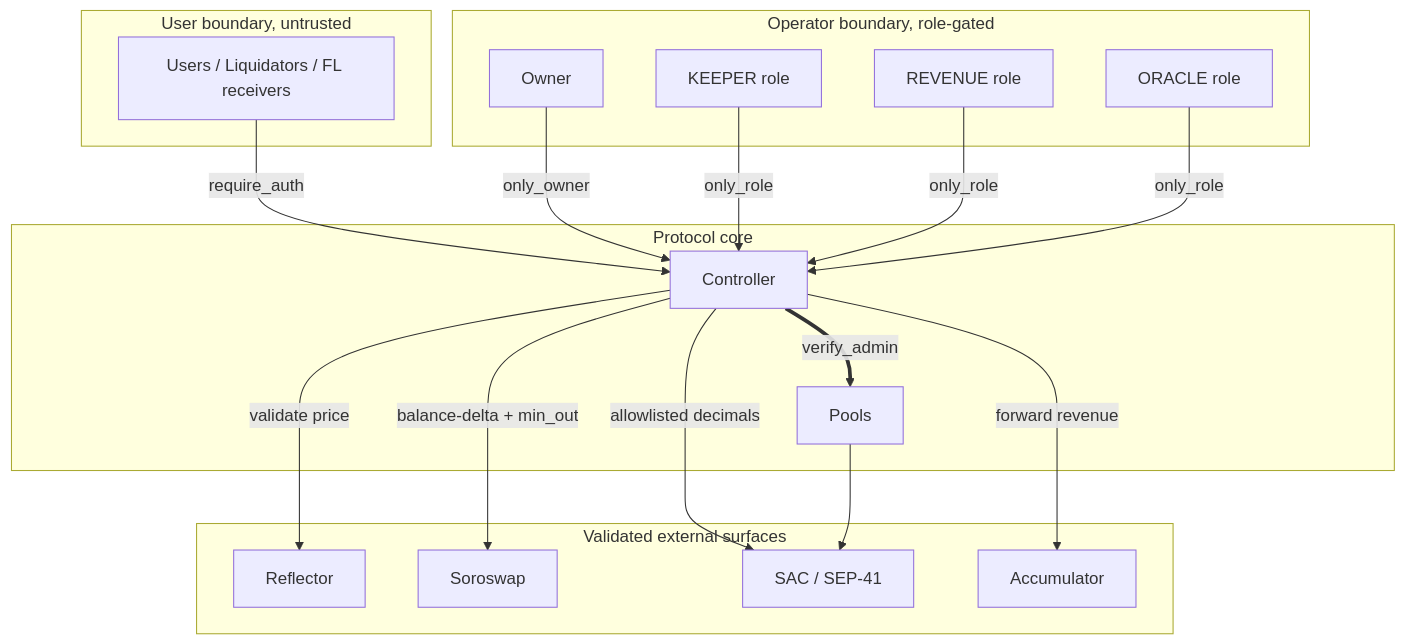
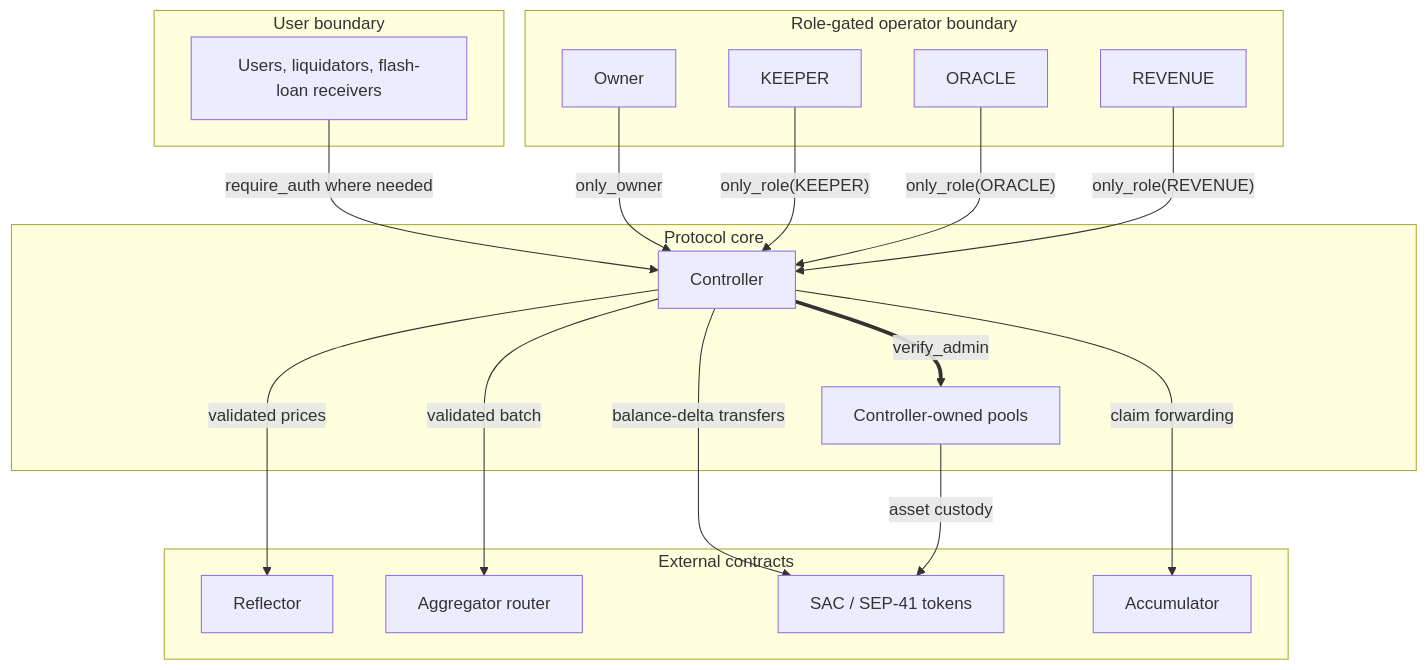
Diagram 11 of 14 in SCF_BUILD_ARCHITECTURE.md (XOXNO/rs-lending-xlm), drawn with Mermaid before and after one commit. The commit also changed other lines of this file and 332 other files, not shown here.

````diff
--- a/SCF_BUILD_ARCHITECTURE.md
+++ b/SCF_BUILD_ARCHITECTURE.md
@@ -710,38 +799,37 @@
 ```mermaid
 flowchart TB
-    subgraph TB1["User boundary, untrusted"]
-        UserBox["Users / Liquidators / FL receivers"]
+    subgraph UserBoundary["User boundary"]
+        Users["Users, liquidators, flash-loan receivers"]
     end
 
-    subgraph TB2["Operator boundary, role-gated"]
+    subgraph OperatorBoundary["Role-gated operator boundary"]
         Owner["Owner"]
-        Keeper["KEEPER role"]
-        Revenue["REVENUE role"]
-        OracleRole["ORACLE role"]
+        Keeper["KEEPER"]
+        Oracle["ORACLE"]
+        Revenue["REVENUE"]
     end
 
-    subgraph TB3["Protocol core"]
+    subgraph ProtocolCore["Protocol core"]
         Controller["Controller"]
-        Pools["Pools"]
+        Pools["Controller-owned pools"]
     end
 
-    subgraph TB4["Validated external surfaces"]
-        Reflector
-        Soroswap
-        Tokens["SAC / SEP-41"]
-        Accumulator
+    subgraph ExternalBoundary["External contracts"]
+        Reflector["Reflector"]
+        Router["Aggregator router"]
+        Tokens["SAC / SEP-41 tokens"]
+        Accumulator["Accumulator"]
     end
 
-    UserBox -->|"require_auth"| Controller
+    Users -->|"require_auth where needed"| Controller
     Owner -->|"only_owner"| Controller
-    Keeper -->|"only_role"| Controller
-    Revenue -->|"only_role"| Controller
-    OracleRole -->|"only_role"| Controller
-
+    Keeper -->|"only_role(KEEPER)"| Controller
+    Oracle -->|"only_role(ORACLE)"| Controller
+    Revenue -->|"only_role(REVENUE)"| Controller
     Controller ==>|"verify_admin"| Pools
-    Controller -->|"validate price"| Reflector
-    Controller -->|"balance-delta + min_out"| Soroswap
-    Controller -->|"allowlisted decimals"| Tokens
-    Pools --> Tokens
-    Controller -->|"forward revenue"| Accumulator
+    Controller -->|"validated prices"| Reflector
+    Controller -->|"validated batch"| Router
+    Controller -->|"balance-delta transfers"| Tokens
+    Pools -->|"asset custody"| Tokens
+    Controller -->|"claim forwarding"| Accumulator
 ```
````
